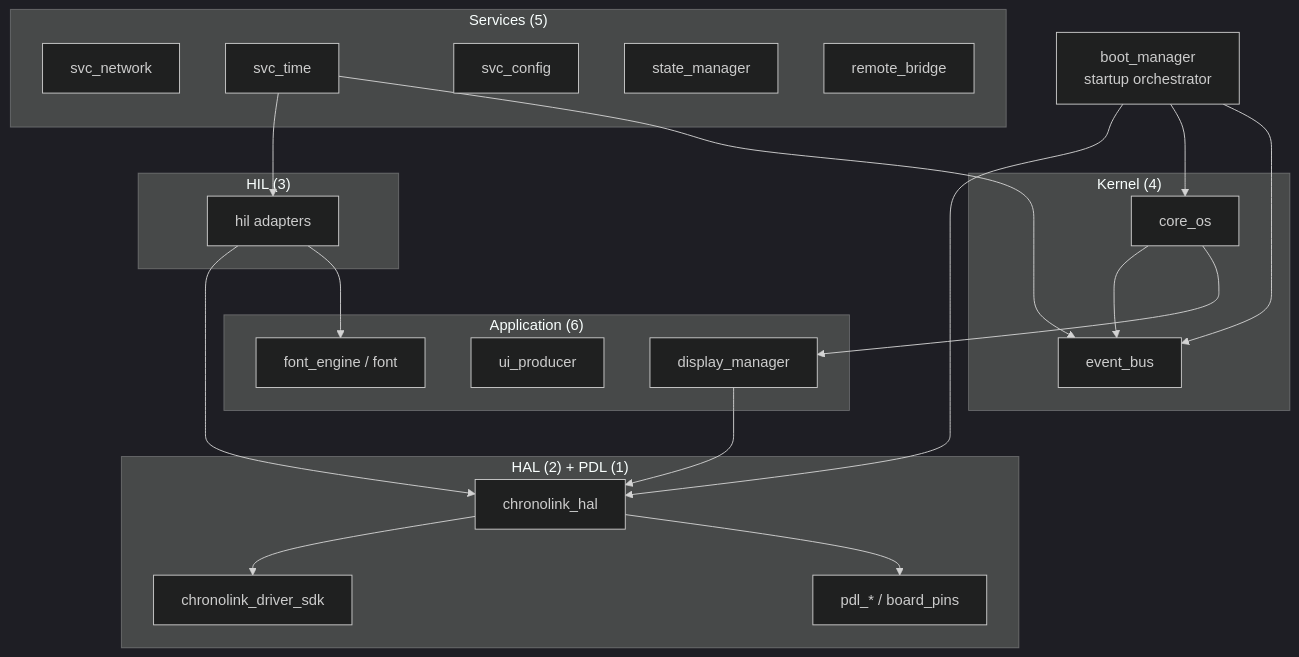
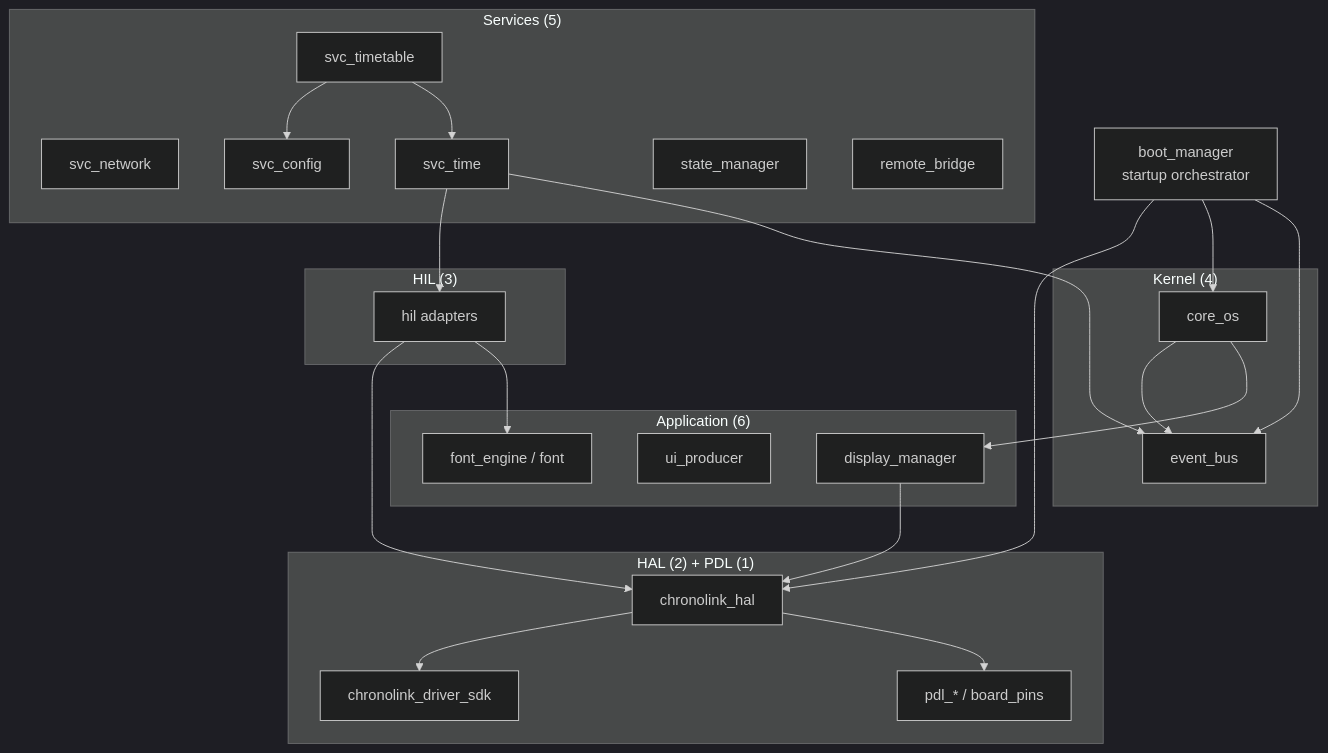
The diagram in docs/Architecture.md (salmankha19/chronolink-v4-os-mirror), drawn with Mermaid (dark theme) before and after one commit. The commit also changed other lines of this file and 24 other files, not shown here.

First line of the commit message:
feat(time): year timetable and RTC trust UX (#115)

````diff
--- a/docs/Architecture.md
+++ b/docs/Architecture.md
@@ -57,41 +57,44 @@
 ```mermaid
 flowchart TB
     subgraph APP["Application (6)"]
         DM[display_manager]
         UIP[ui_producer]
         FE[font_engine / font]
     end
     subgraph SVC["Services (5)"]
         NET[svc_network]
         TIME[svc_time]
         CFG[svc_config]
         SM[state_manager]
+        TT[svc_timetable]
         RB[remote_bridge]
     end
     subgraph KERN["Kernel (4)"]
         CORE[core_os]
         EB[event_bus]
     end
     subgraph HIL["HIL (3)"]
         HILC[hil adapters]
     end
     subgraph HAL["HAL (2) + PDL (1)"]
         HALC[chronolink_hal]
         SDK[chronolink_driver_sdk]
         PDL[pdl_* / board_pins]
     end
     BOOT[boot_manager<br/>startup orchestrator]
 
     BOOT --> HALC
     BOOT --> CORE
     BOOT --> EB
     CORE --> EB
     CORE --> DM
     DM --> HALC
     TIME --> HILC
+    TT --> CFG
+    TT --> TIME
     TIME --> EB
     HILC --> HALC
     HILC --> FE
     HALC --> SDK
     HALC --> PDL
 ```
````
